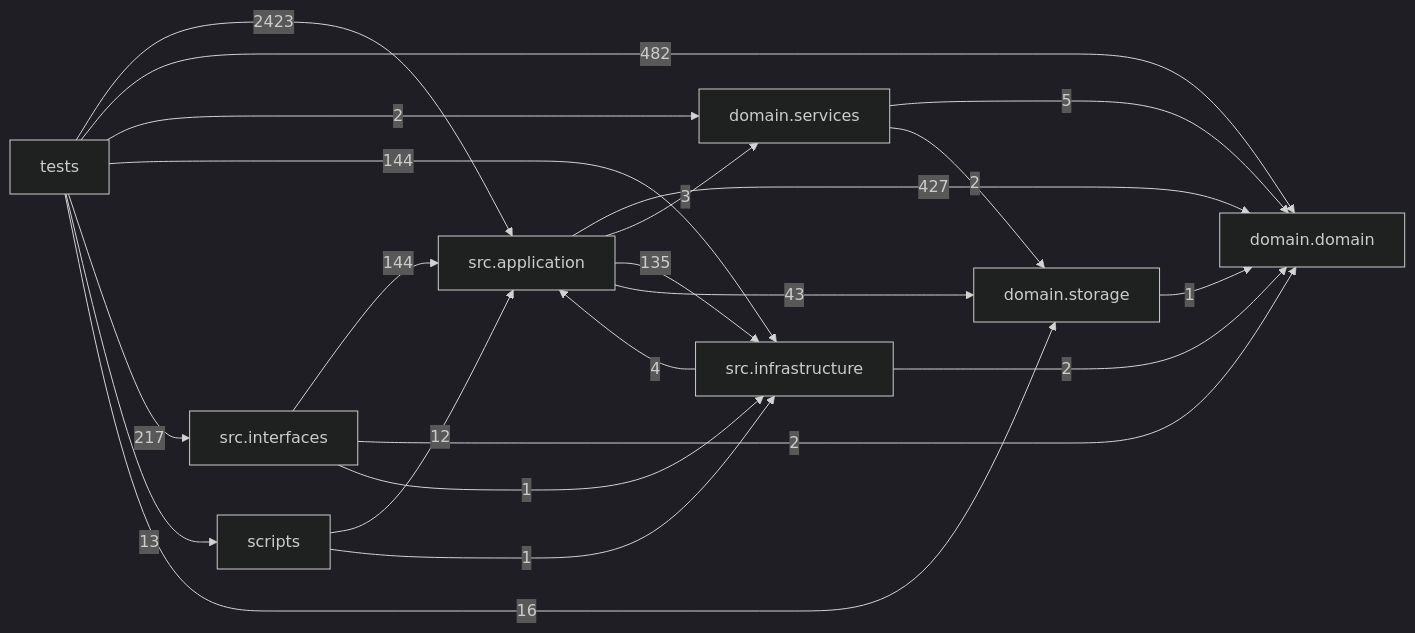
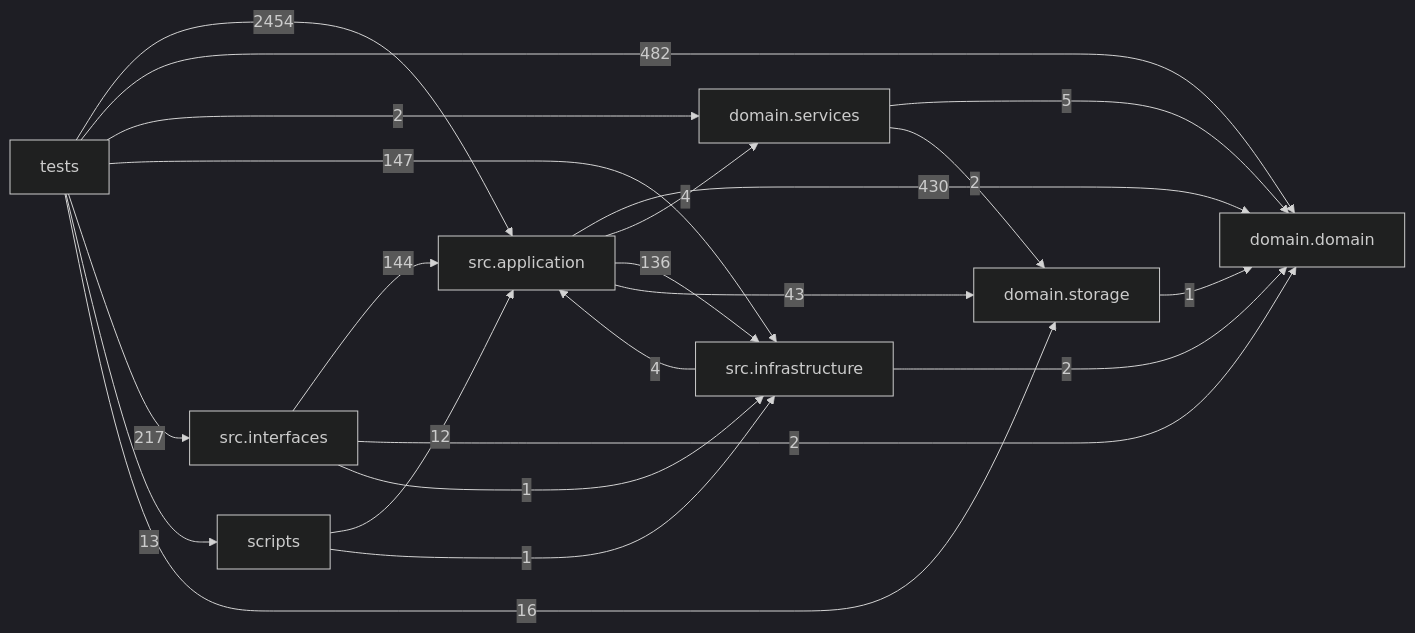
The diagram in docs/DEPENDENCY_GRAPH.md (liuxie066/options-monitor), drawn with Mermaid (dark theme) before and after one commit. The commit also changed other lines of this file and 37 other files, not shown here.

````diff
--- a/docs/DEPENDENCY_GRAPH.md
+++ b/docs/DEPENDENCY_GRAPH.md
@@ -24,32 +24,32 @@
 ```mermaid
 flowchart LR
   tests["tests"]
   scripts["scripts"]
   interfaces["src.interfaces"]
   application["src.application"]
   infrastructure["src.infrastructure"]
   domain_services["domain.services"]
   domain["domain.domain"]
   storage["domain.storage"]
-  application -->|427| domain
-  application -->|3| domain_services
-  application -->|135| infrastructure
+  application -->|430| domain
+  application -->|4| domain_services
+  application -->|136| infrastructure
   application -->|43| storage
   domain_services -->|5| domain
   domain_services -->|2| storage
   infrastructure -->|4| application
   infrastructure -->|2| domain
   interfaces -->|144| application
   interfaces -->|2| domain
   interfaces -->|1| infrastructure
   scripts -->|12| application
   scripts -->|1| infrastructure
   storage -->|1| domain
-  tests -->|2423| application
+  tests -->|2454| application
   tests -->|482| domain
   tests -->|2| domain_services
-  tests -->|144| infrastructure
+  tests -->|147| infrastructure
   tests -->|217| interfaces
   tests -->|13| scripts
   tests -->|16| storage
 ```
````
